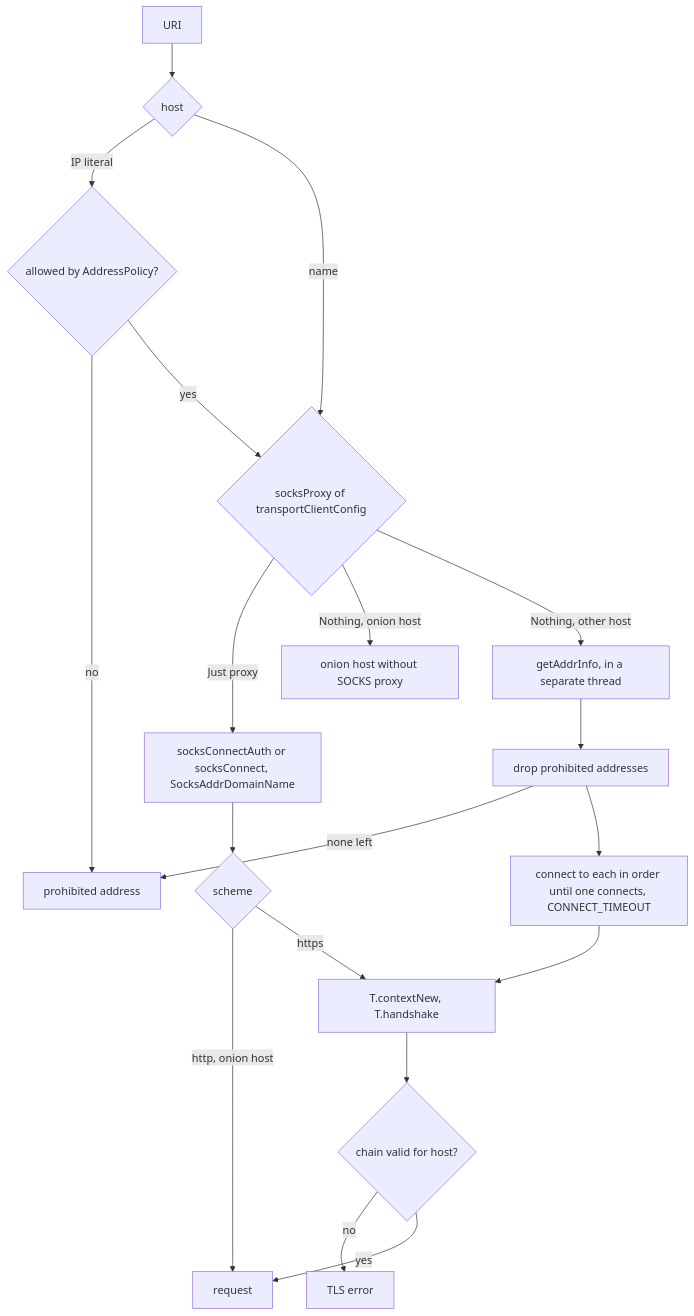
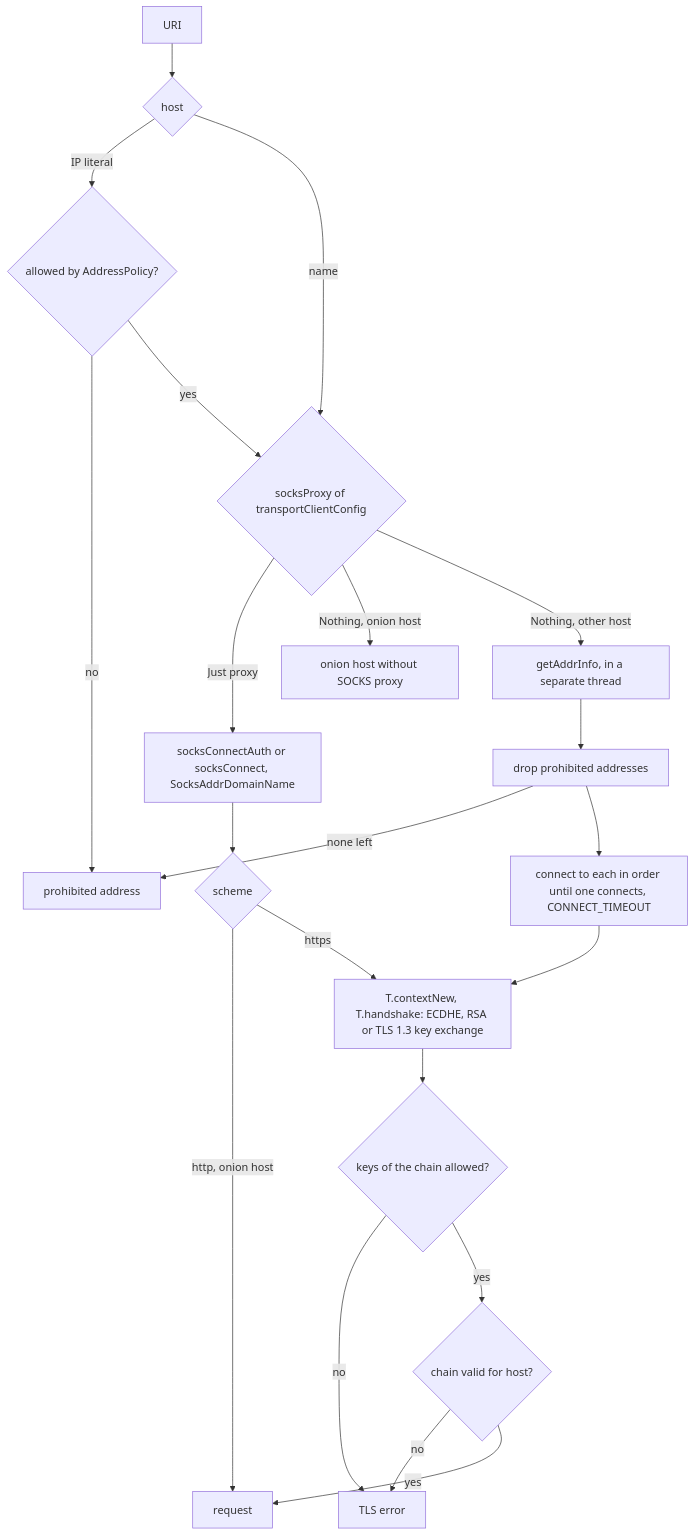
Before and after one commit to simplex-chat/simplex-chat: the fourth of 9 diagrams in plans/2026-11-21-link-previews-core.md, drawn with Mermaid. The commit also changed other lines of this file and 4 other files, not shown here.

Commit message:
core: limit key exchange and certificate key sizes of link previews

````diff
--- a/plans/2026-11-21-link-previews-core.md
+++ b/plans/2026-11-21-link-previews-core.md
@@ -209,21 +211,23 @@
 ```mermaid
 flowchart TD
   U["URI"] --> H{"host"}
   H -->|"IP literal"| L{"allowed by AddressPolicy?"}
   L -->|no| X["prohibited address"]
   H -->|"name"| S
   L -->|yes| S{"socksProxy of transportClientConfig"}
   S -->|"Just proxy"| SP["socksConnectAuth or socksConnect, SocksAddrDomainName"]
   S -->|"Nothing, onion host"| XO["onion host without SOCKS proxy"]
   S -->|"Nothing, other host"| D["getAddrInfo, in a separate thread"]
   D --> F["drop prohibited addresses"]
   F -->|none left| X
   F --> TC["connect to each in order until one connects, CONNECT_TIMEOUT"]
   SP --> SC{"scheme"}
   SC -->|"http, onion host"| R["request"]
-  SC -->|https| TLS["T.contextNew, T.handshake"]
+  SC -->|https| TLS["T.contextNew, T.handshake: ECDHE, RSA or TLS 1.3 key exchange"]
   TC --> TLS
-  TLS --> V{"chain valid for host?"}
-  V -->|no| E["TLS error"]
+  TLS --> K{"keys of the chain allowed?"}
+  K -->|no| E["TLS error"]
+  K -->|yes| V{"chain valid for host?"}
+  V -->|no| E
   V -->|yes| R
 ```
````
